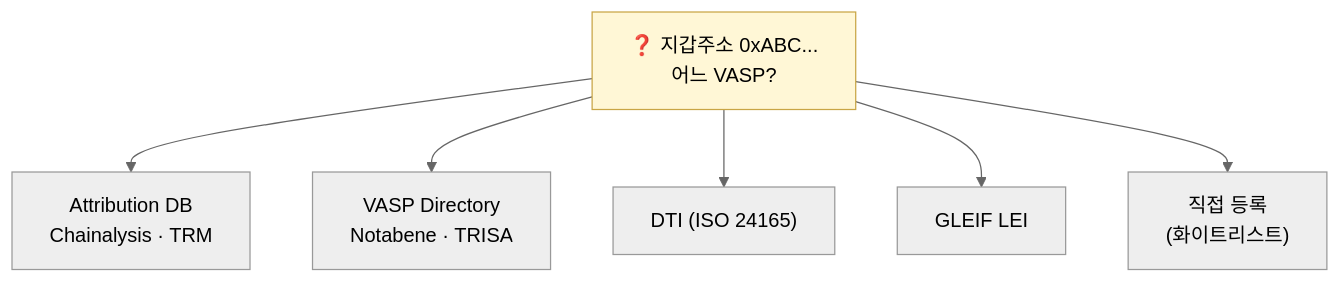
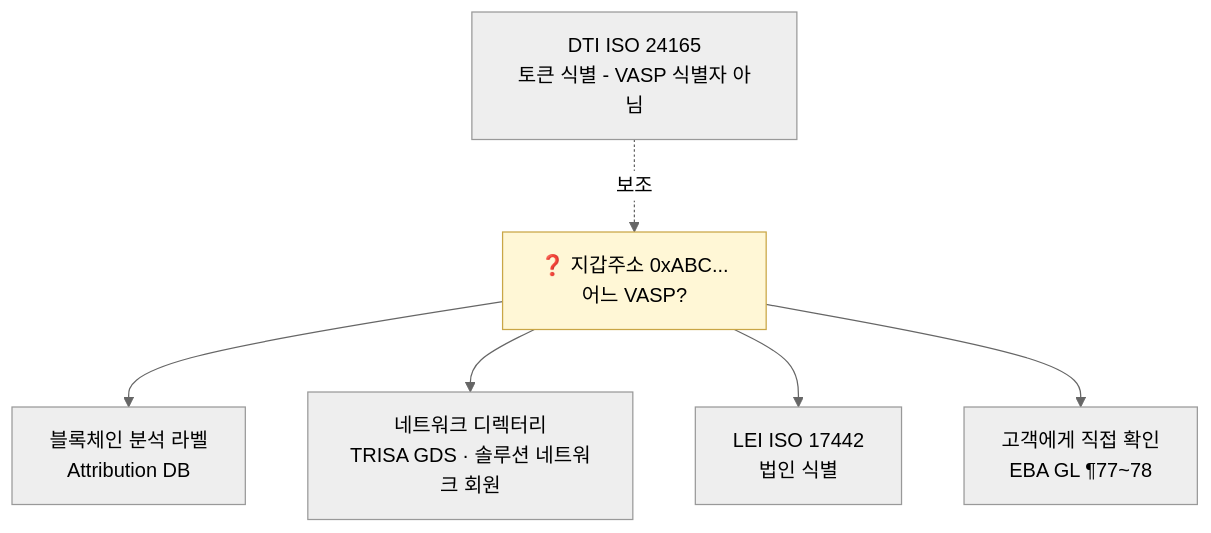
Before and after one commit to lala-david/aml-notes: the first of 2 diagrams in curriculum/day_27.md, drawn with Mermaid (neutral theme). The commit also changed other lines of this file and 233 other files, not shown here.

````diff
--- a/curriculum/day_27.md
+++ b/curriculum/day_27.md
@@ -13,9 +13,9 @@
 ```mermaid
 flowchart TB
-    Q["❓ 지갑주소 0xABC...<br/>어느 VASP?"] --> A["Attribution DB<br/>Chainalysis · TRM"]
-    Q --> D["VASP Directory<br/>Notabene · TRISA"]
-    Q --> T["DTI (ISO 24165)"]
-    Q --> L["GLEIF LEI"]
-    Q --> R["직접 등록<br/>(화이트리스트)"]
+    Q["❓ 지갑주소 0xABC...<br/>어느 VASP?"] --> A["블록체인 분석 라벨<br/>Attribution DB"]
+    Q --> D["네트워크 디렉터리<br/>TRISA GDS · 솔루션 네트워크 회원"]
+    Q --> L["LEI ISO 17442<br/>법인 식별"]
+    Q --> C["고객에게 직접 확인<br/>EBA GL ¶77~78"]
+    T["DTI ISO 24165<br/>토큰 식별 - VASP 식별자 아님"] -.보조.-> Q
     style Q fill:#fff7d6,stroke:#c9a646
 ```
````
